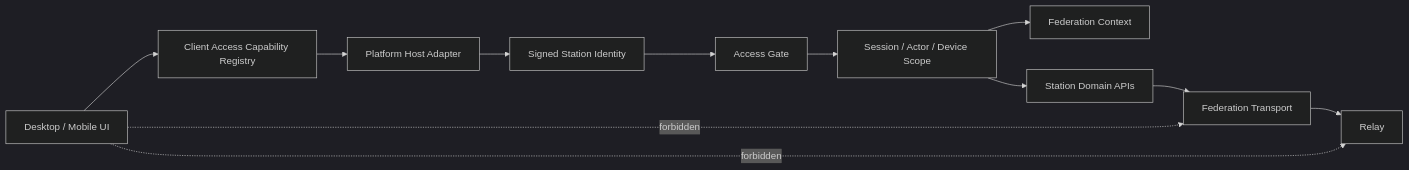
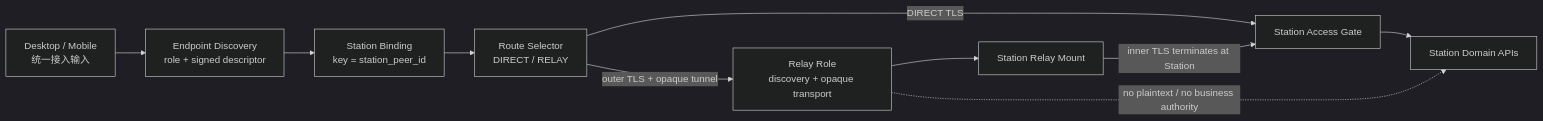
Before and after one commit to peers-labs/peers-touch: the diagram in docs/architecture/platform/station/access/design.md, drawn with Mermaid (dark theme). The commit also changed other lines of this file and 28 other files, not shown here.

First line of the commit message:
docs(architecture): define secure relay access plan

````diff
--- a/docs/architecture/platform/station/access/design.md
+++ b/docs/architecture/platform/station/access/design.md
@@ -22,26 +27,22 @@
 ```mermaid
 flowchart LR
-    UI["Desktop / Mobile UI"]
-    CAP["Client Access Capability Registry"]
-    HOST["Platform Host Adapter"]
-    ID["Signed Station Identity"]
-    GATE["Access Gate"]
-    SCOPE["Session / Actor / Device Scope"]
-    FED["Federation Context"]
+    UI["Desktop / Mobile<br/>统一接入输入"]
+    DISC["Endpoint Discovery<br/>role + signed descriptor"]
+    BIND["Station Binding<br/>key = station_peer_id"]
+    ROUTE["Route Selector<br/>DIRECT / RELAY"]
+    GATE["Station Access Gate"]
     DOMAIN["Station Domain APIs"]
-    TRANSPORT["Federation Transport"]
-    RELAY["Relay"]
+    RELAY["Relay Role<br/>discovery + opaque transport"]
+    MOUNT["Station Relay Mount"]
 
-    UI --> CAP
-    CAP --> HOST
-    HOST --> ID
-    ID --> GATE
-    GATE --> SCOPE
-    SCOPE --> FED
-    SCOPE --> DOMAIN
-    DOMAIN --> TRANSPORT
-    TRANSPORT --> RELAY
+    UI --> DISC
+    DISC --> BIND
+    BIND --> ROUTE
+    ROUTE -->|DIRECT TLS| GATE
+    ROUTE -->|outer TLS + opaque tunnel| RELAY
+    RELAY --> MOUNT
+    MOUNT -->|inner TLS terminates at Station| GATE
+    GATE --> DOMAIN
 
-    UI -. forbidden .-> RELAY
-    UI -. forbidden .-> TRANSPORT
+    RELAY -. no plaintext / no business authority .-> DOMAIN
 ```
````
